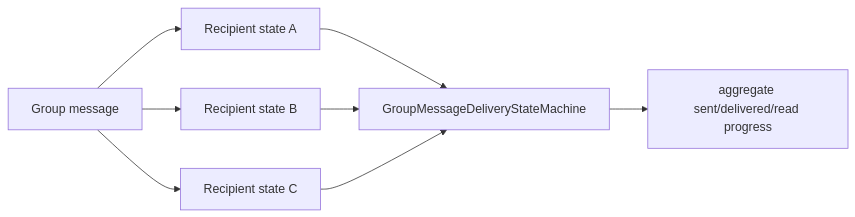
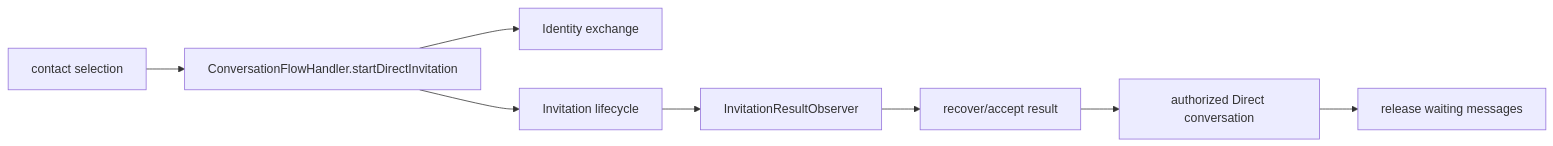
The third of 3 diagrams in docs/features/message-transport-flow.md (cbgm/Sparrow), drawn with Mermaid before and after one commit. The commit also changed other lines of this file and 66 other files, not shown here.

````diff
--- a/docs/features/message-transport-flow.md
+++ b/docs/features/message-transport-flow.md
@@ -150,10 +56,10 @@
 ```mermaid
 flowchart LR
-    GM[Group message] --> R1[Recipient state A]
-    GM --> R2[Recipient state B]
-    GM --> R3[Recipient state C]
-    R1 --> AGG[GroupMessageDeliveryStateMachine]
-    R2 --> AGG
-    R3 --> AGG
-    AGG --> UI[aggregate sent/delivered/read progress]
+    CONTACT[contact selection] --> FLOW[ConversationFlowHandler.startDirectInvitation]
+    FLOW --> ID[Identity exchange]
+    FLOW --> INV[Invitation lifecycle]
+    INV --> OBS[InvitationResultObserver]
+    OBS --> FLOW2[recover/accept result]
+    FLOW2 --> CHAT[authorized Direct conversation]
+    CHAT --> REL[release waiting messages]
 ```
````
